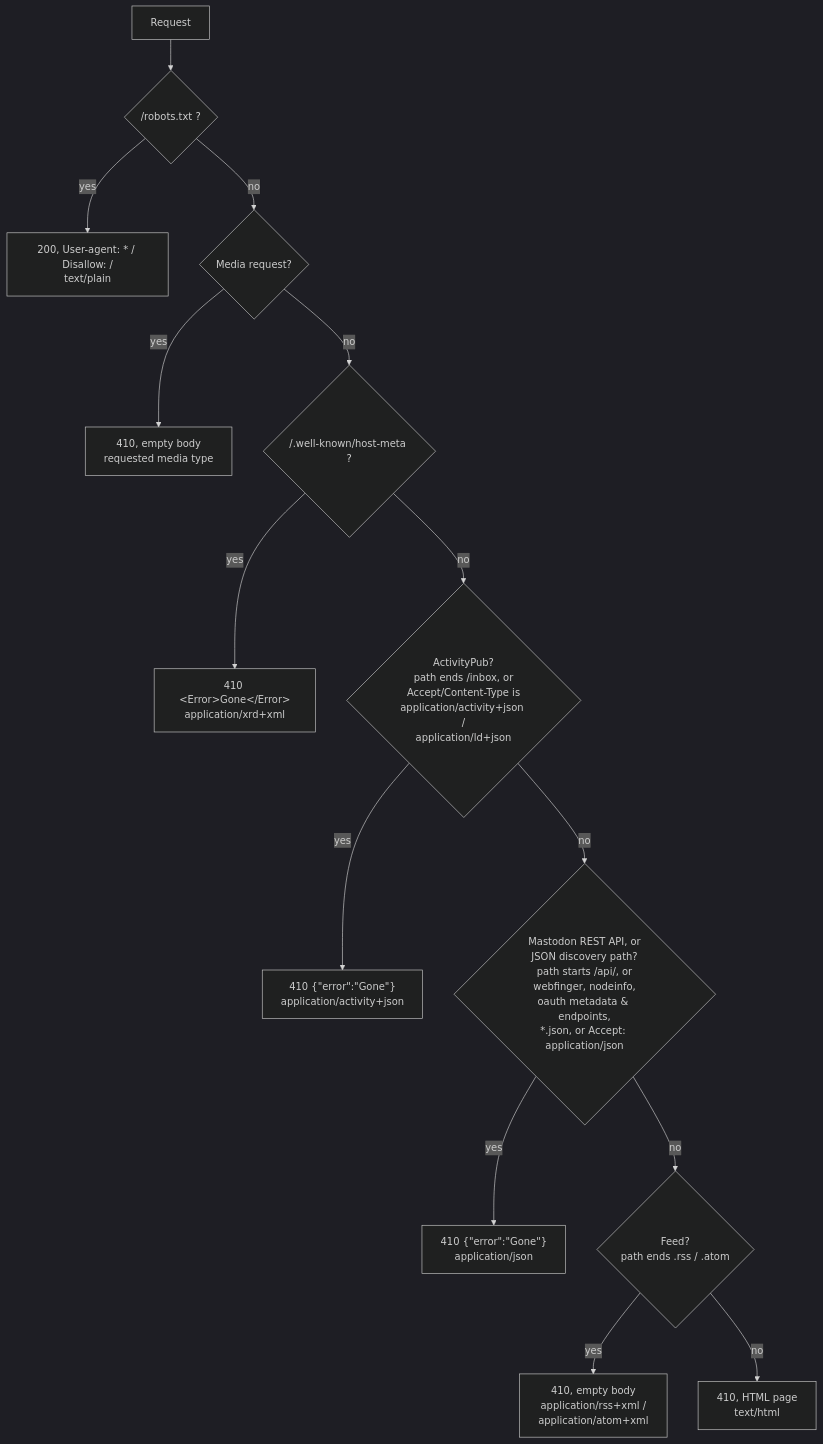
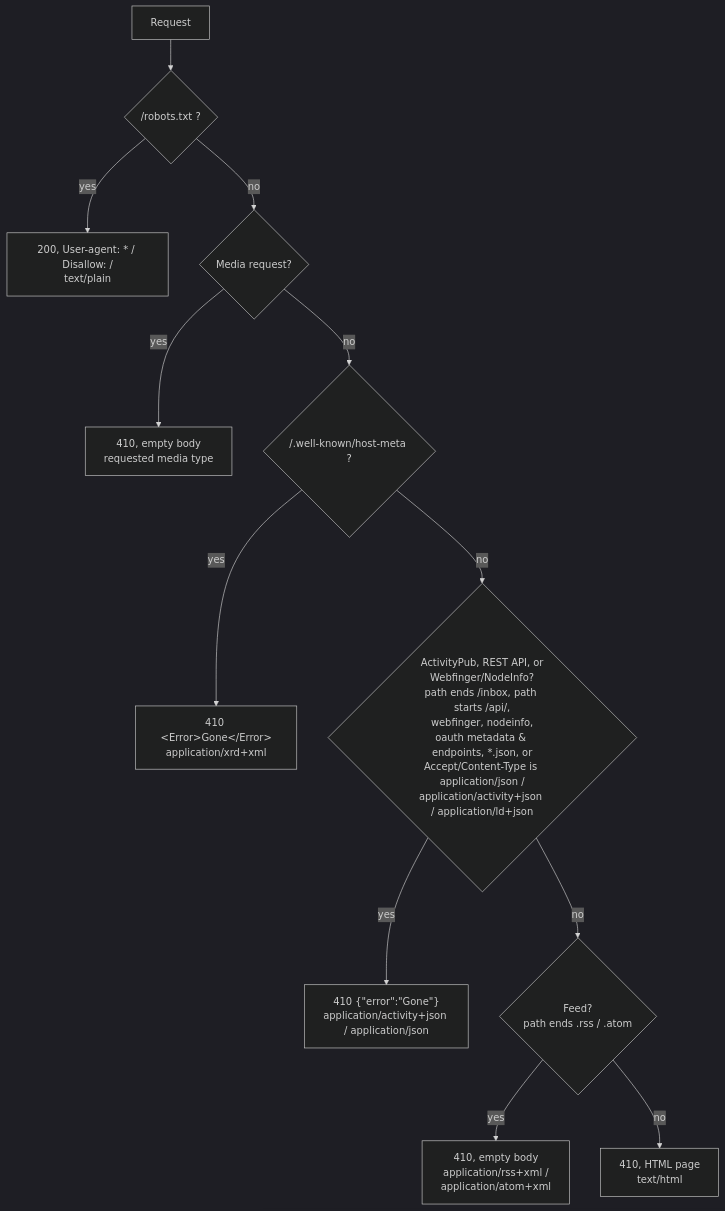
Before and after one commit to vmstio/gone: the diagram in README.md, drawn with Mermaid (dark theme).

Commit message:
Merge ActivityPub and REST API/discovery flowchart boxes
Both branches share the same JSON error body and are adjacent in the match
order, so the diagram collapses them into one decision box; the prose below
still spells out the Content-Type distinction between the two.

````diff
--- a/README.md
+++ b/README.md
@@ -64,16 +64,14 @@
 ```mermaid
 flowchart TD
     A["Request"] --> B{"/robots.txt ?"}
     B -- yes --> B1["200, User-agent: * / Disallow: /\ntext/plain"]
     B -- no --> C{"Media request?"}
     C -- yes --> C1["410, empty body\nrequested media type"]
     C -- no --> E{"/.well-known/host-meta ?"}
     E -- yes --> E1["410 &lt;Error&gt;Gone&lt;/Error&gt;\napplication/xrd+xml"]
-    E -- no --> H{"ActivityPub?\npath ends /inbox, or\nAccept/Content-Type is\napplication/activity+json /\napplication/ld+json"}
-    H -- yes --> H1["410 {#quot;error#quot;:#quot;Gone#quot;}\napplication/activity+json"]
-    H -- no --> G{"Mastodon REST API, or\nJSON discovery path?\npath starts /api/, or\nwebfinger, nodeinfo,\noauth metadata & endpoints,\n*.json, or Accept: application/json"}
-    G -- yes --> G1["410 {#quot;error#quot;:#quot;Gone#quot;}\napplication/json"]
+    E -- no --> G{"ActivityPub, REST API, or\nWebfinger/NodeInfo?\npath ends /inbox, path starts /api/,\nwebfinger, nodeinfo,\noauth metadata & endpoints, *.json, or\nAccept/Content-Type is application/json /\napplication/activity+json / application/ld+json"}
+    G -- yes --> G1["410 {#quot;error#quot;:#quot;Gone#quot;}\napplication/activity+json / application/json"]
     G -- no --> J{"Feed?\npath ends .rss / .atom"}
     J -- yes --> J1["410, empty body\napplication/rss+xml /\napplication/atom+xml"]
     J -- no --> L["410, HTML page\ntext/html"]
 ```
````
